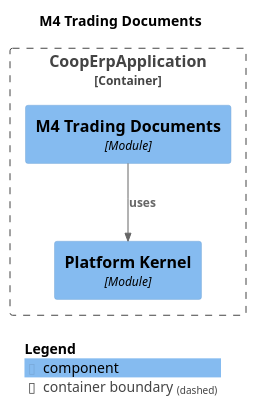
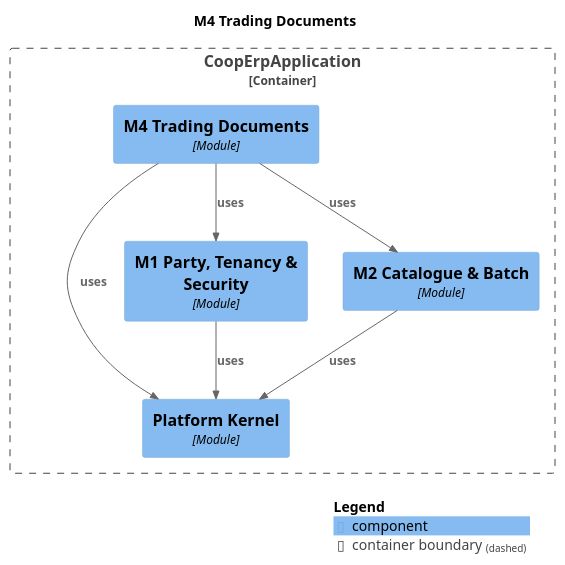
Before and after one commit to Knoweb/COOP_ERP: the diagram in docs/modules/module-m4trading.puml, drawn with PlantUML. The commit also changed 34 other files, not shown here.

```diff
--- a/docs/modules/module-m4trading.puml
+++ b/docs/modules/module-m4trading.puml
@@ -1,19 +1,25 @@
 @startuml
 set separator none
 title M4 Trading Documents
 
 top to bottom direction
 
 !include <C4/C4>
 !include <C4/C4_Context>
 !include <C4/C4_Component>
 
 Container_Boundary("CoopErpApplication.CoopErpApplication_boundary", "CoopErpApplication", $tags="") {
+  Component(CoopErpApplication.CoopErpApplication.M4TradingDocuments, "M4 Trading Documents", $techn="Module", $descr="", $tags="", $link="")
   Component(CoopErpApplication.CoopErpApplication.PlatformKernel, "Platform Kernel", $techn="Module", $descr="", $tags="", $link="")
-  Component(CoopErpApplication.CoopErpApplication.M4TradingDocuments, "M4 Trading Documents", $techn="Module", $descr="", $tags="", $link="")
+  Component(CoopErpApplication.CoopErpApplication.M1PartyTenancySecurity, "M1 Party, Tenancy & Security", $techn="Module", $descr="", $tags="", $link="")
+  Component(CoopErpApplication.CoopErpApplication.M2CatalogueBatch, "M2 Catalogue & Batch", $techn="Module", $descr="", $tags="", $link="")
 }
 
+Rel(CoopErpApplication.CoopErpApplication.M1PartyTenancySecurity, CoopErpApplication.CoopErpApplication.PlatformKernel, "uses", $techn="", $tags="", $link="")
+Rel(CoopErpApplication.CoopErpApplication.M2CatalogueBatch, CoopErpApplication.CoopErpApplication.PlatformKernel, "uses", $techn="", $tags="", $link="")
+Rel(CoopErpApplication.CoopErpApplication.M4TradingDocuments, CoopErpApplication.CoopErpApplication.M1PartyTenancySecurity, "uses", $techn="", $tags="", $link="")
+Rel(CoopErpApplication.CoopErpApplication.M4TradingDocuments, CoopErpApplication.CoopErpApplication.M2CatalogueBatch, "uses", $techn="", $tags="", $link="")
 Rel(CoopErpApplication.CoopErpApplication.M4TradingDocuments, CoopErpApplication.CoopErpApplication.PlatformKernel, "uses", $techn="", $tags="", $link="")
 
 SHOW_LEGEND(true)
 @enduml
```
